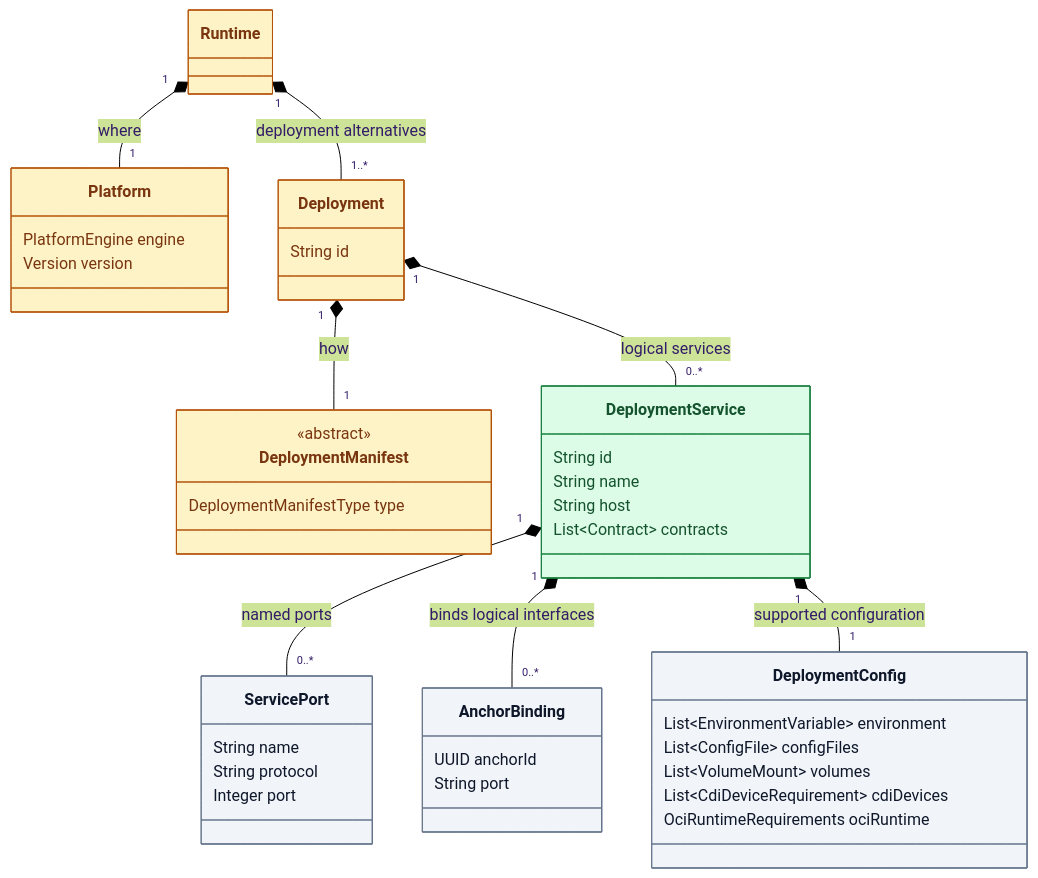
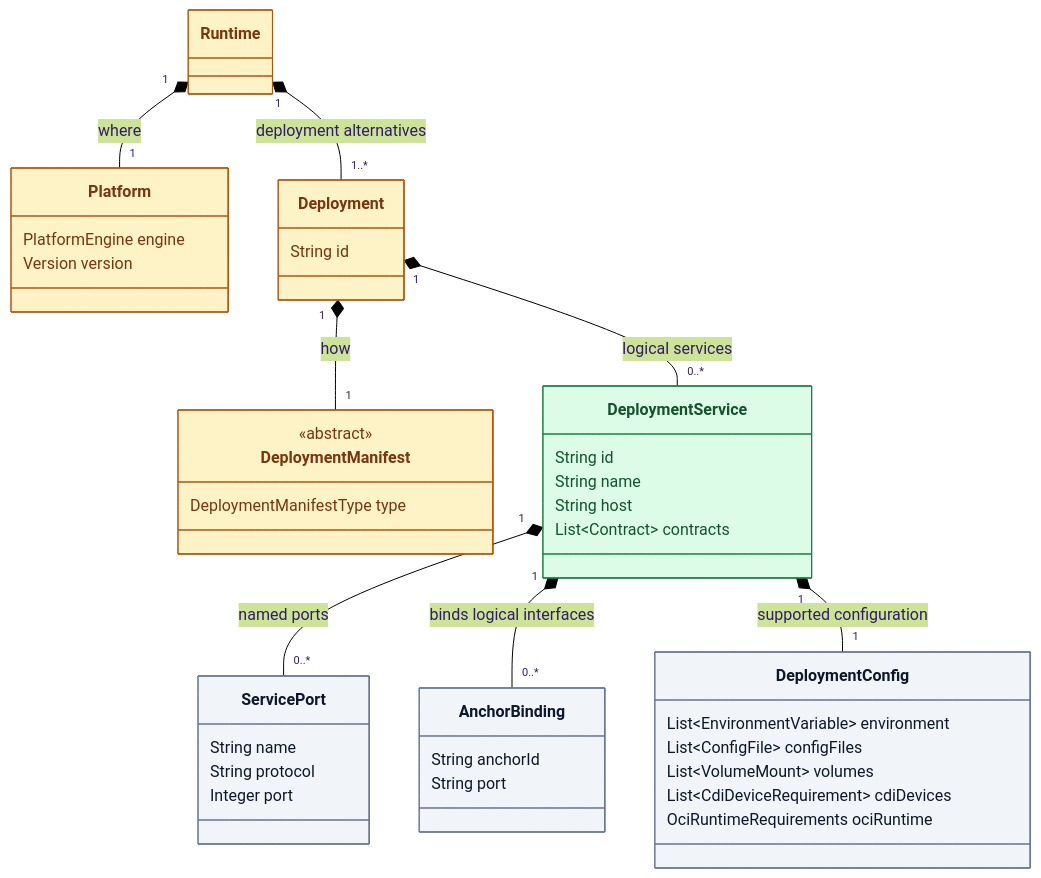
Before and after one commit to MARE-EU-Project/DOT-Docs: the diagram in DOT-Design/next/dot-design/_attachments/diagrams/domain-runtime.mmd, drawn with Mermaid (forest theme). The commit also changed 28 other files, not shown here.

```diff
--- a/DOT-Design/next/dot-design/_attachments/diagrams/domain-runtime.mmd
+++ b/DOT-Design/next/dot-design/_attachments/diagrams/domain-runtime.mmd
@@ -1,56 +1,56 @@
 classDiagram
   direction TB
   accTitle: Runtime choices and service-scoped deployment configuration
   accDescr: A DOT offers Runtime alternatives. Each Runtime targets one Platform and offers Deployments. A Deployment has one polymorphic manifest and logical services with ports, Anchor bindings, and their own configuration requirements.
 
   class Runtime
   class Platform {
     PlatformEngine engine
     Version version
   }
   class Deployment {
     String id
   }
   class DeploymentManifest {
     <<abstract>>
     DeploymentManifestType type
   }
   class DeploymentService {
     String id
     String name
     String host
     List~Contract~ contracts
   }
   class ServicePort {
     String name
     String protocol
     Integer port
   }
   class AnchorBinding {
-    UUID anchorId
+    String anchorId
     String port
   }
   class DeploymentConfig {
     List~EnvironmentVariable~ environment
     List~ConfigFile~ configFiles
     List~VolumeMount~ volumes
     List~CdiDeviceRequirement~ cdiDevices
     OciRuntimeRequirements ociRuntime
   }
 
   Runtime "1" *-- "1" Platform : where
   Runtime "1" *-- "1..*" Deployment : deployment alternatives
   Deployment "1" *-- "1" DeploymentManifest : how
   Deployment "1" *-- "0..*" DeploymentService : logical services
   DeploymentService "1" *-- "0..*" ServicePort : named ports
   DeploymentService "1" *-- "0..*" AnchorBinding : binds logical interfaces
   DeploymentService "1" *-- "1" DeploymentConfig : supported configuration
 
   style Runtime fill:#fef3c7,stroke:#b45309,color:#78350f
   style Platform fill:#fef3c7,stroke:#b45309,color:#78350f
   style Deployment fill:#fef3c7,stroke:#b45309,color:#78350f
   style DeploymentManifest fill:#fef3c7,stroke:#b45309,color:#78350f
   style DeploymentService fill:#dcfce7,stroke:#15803d,color:#14532d
   style ServicePort fill:#f1f5f9,stroke:#64748b,color:#0f172a
   style AnchorBinding fill:#f1f5f9,stroke:#64748b,color:#0f172a
   style DeploymentConfig fill:#f1f5f9,stroke:#64748b,color:#0f172a
```
